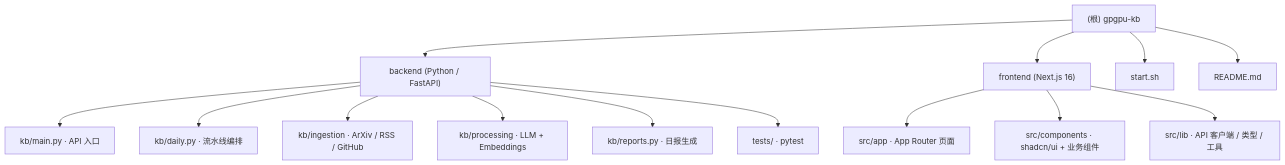
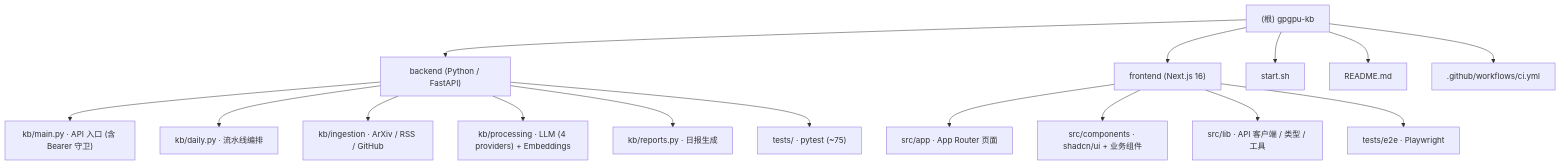
One commit to jc19chaoj/gpgpu-kb changed the diagram in CLAUDE.md. Above: the diagram before and after it, drawn with Mermaid. The commit also changed other lines of this file and 15 other files, not shown here.

````diff
--- a/CLAUDE.md
+++ b/CLAUDE.md
@@ -61,21 +62,23 @@
 ```mermaid
 graph TD
     A["(根) gpgpu-kb"] --> B["backend (Python / FastAPI)"]
     A --> C["frontend (Next.js 16)"]
     A --> D["start.sh"]
     A --> E["README.md"]
+    A --> F[".github/workflows/ci.yml"]
 
-    B --> B1["kb/main.py · API 入口"]
+    B --> B1["kb/main.py · API 入口 (含 Bearer 守卫)"]
     B --> B2["kb/daily.py · 流水线编排"]
     B --> B3["kb/ingestion · ArXiv / RSS / GitHub"]
-    B --> B4["kb/processing · LLM + Embeddings"]
+    B --> B4["kb/processing · LLM (4 providers) + Embeddings"]
     B --> B5["kb/reports.py · 日报生成"]
-    B --> B6["tests/ · pytest"]
+    B --> B6["tests/ · pytest (~75)"]
 
     C --> C1["src/app · App Router 页面"]
     C --> C2["src/components · shadcn/ui + 业务组件"]
     C --> C3["src/lib · API 客户端 / 类型 / 工具"]
+    C --> C4["tests/e2e · Playwright"]
 
     click B "./backend/CLAUDE.md" "查看 backend 模块文档"
     click C "./frontend/CLAUDE.md" "查看 frontend 模块文档"
 ```
````
